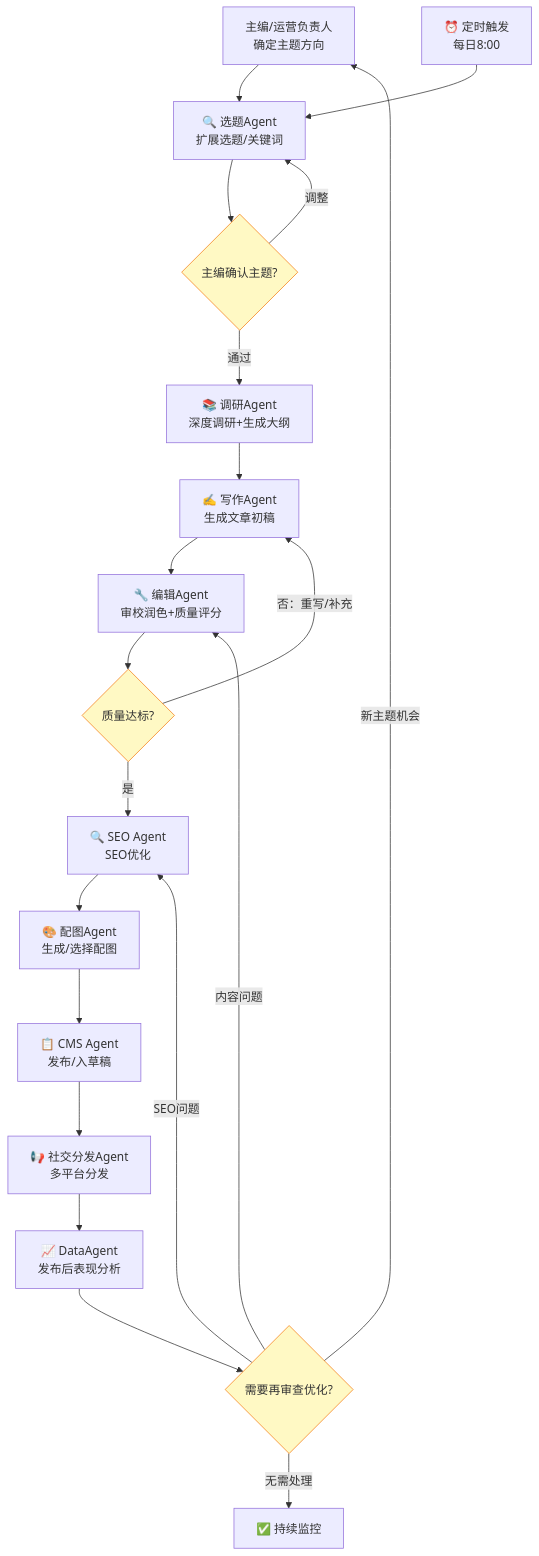
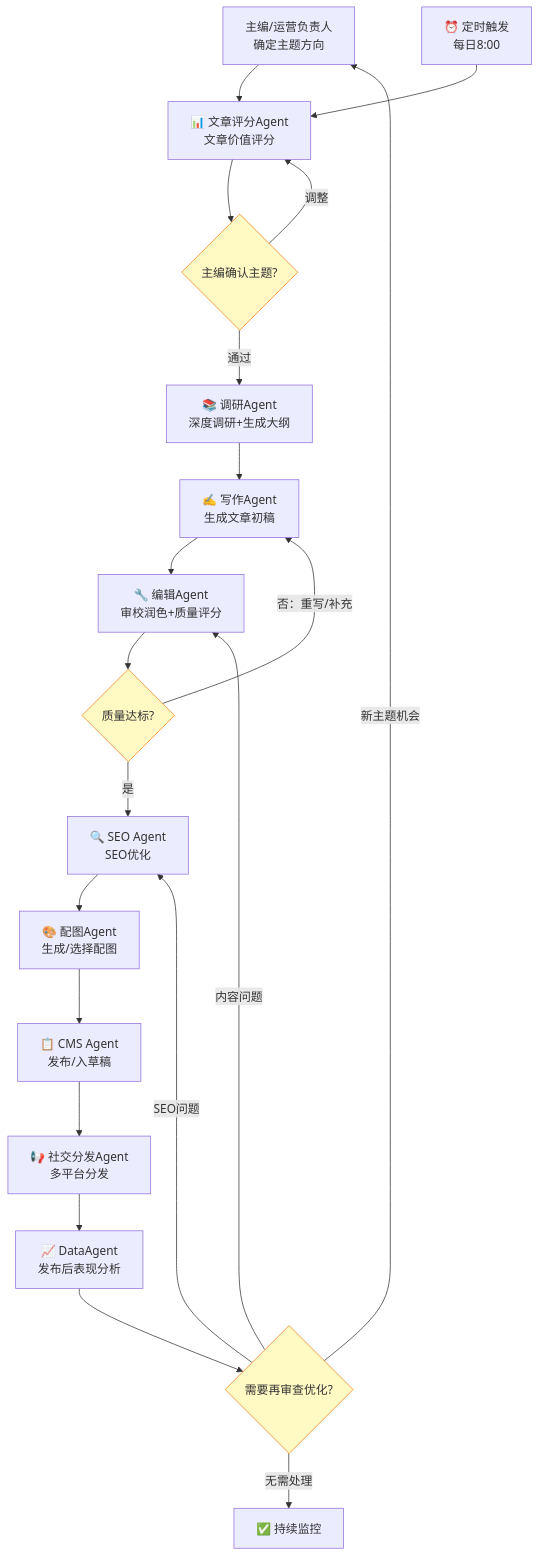
The second of 4 diagrams in 03-工作流编排.md (flyingsnowzz/Multi-Agent-Automatic-Operation-Website), drawn with Mermaid before and after one commit. The commit also changed other lines of this file and 4 other files, not shown here.

````diff
--- a/03-工作流编排.md
+++ b/03-工作流编排.md
@@ -124,32 +124,32 @@
 ```mermaid
 flowchart TB
-    CHIEF["主编/运营负责人<br/>确定主题方向"] --> TOPIC
-    START["⏰ 定时触发<br/>每日8:00"] --> TOPIC
-    TOPIC["🔍 选题Agent<br/>扩展选题/关键词"]
+    CHIEF["主编/运营负责人<br/>确定主题方向"] --> SCORE
+    START["⏰ 定时触发<br/>每日8:00"] --> SCORE
+    SCORE["📊 文章评分Agent<br/>文章价值评分"]
     APPROVE{"主编确认主题?"}
     RESEARCH["📚 调研Agent<br/>深度调研+生成大纲"]
     WRITER["✍️ 写作Agent<br/>生成文章初稿"]
     EDITOR["🔧 编辑Agent<br/>审校润色+质量评分"]
     QUALITY{"质量达标?"}
     IMAGE["🎨 配图Agent<br/>生成/选择配图"]
     SEO["🔍 SEO Agent<br/>SEO优化"]
     CMS["📋 CMS Agent<br/>发布/入草稿"]
     SOCIAL["📢 社交分发Agent<br/>多平台分发"]
     DATA["📈 DataAgent<br/>发布后表现分析"]
     RECHECK{"需要再审查优化?"}
 
-    TOPIC --> APPROVE
-    APPROVE -->|"调整"| TOPIC
+    SCORE --> APPROVE
+    APPROVE -->|"调整"| SCORE
     APPROVE -->|"通过"| RESEARCH
     RESEARCH --> WRITER --> EDITOR --> QUALITY
     QUALITY -->|"否：重写/补充"| WRITER
     QUALITY -->|"是"| SEO --> IMAGE --> CMS --> SOCIAL --> DATA --> RECHECK
     RECHECK -->|"内容问题"| EDITOR
     RECHECK -->|"SEO问题"| SEO
     RECHECK -->|"新主题机会"| CHIEF
     RECHECK -->|"无需处理"| DONE["✅ 持续监控"]
 
     style APPROVE fill:#fff9c4,stroke:#f57f17
     style QUALITY fill:#fff9c4,stroke:#f57f17
     style RECHECK fill:#fff9c4,stroke:#f57f17
 ```
````
